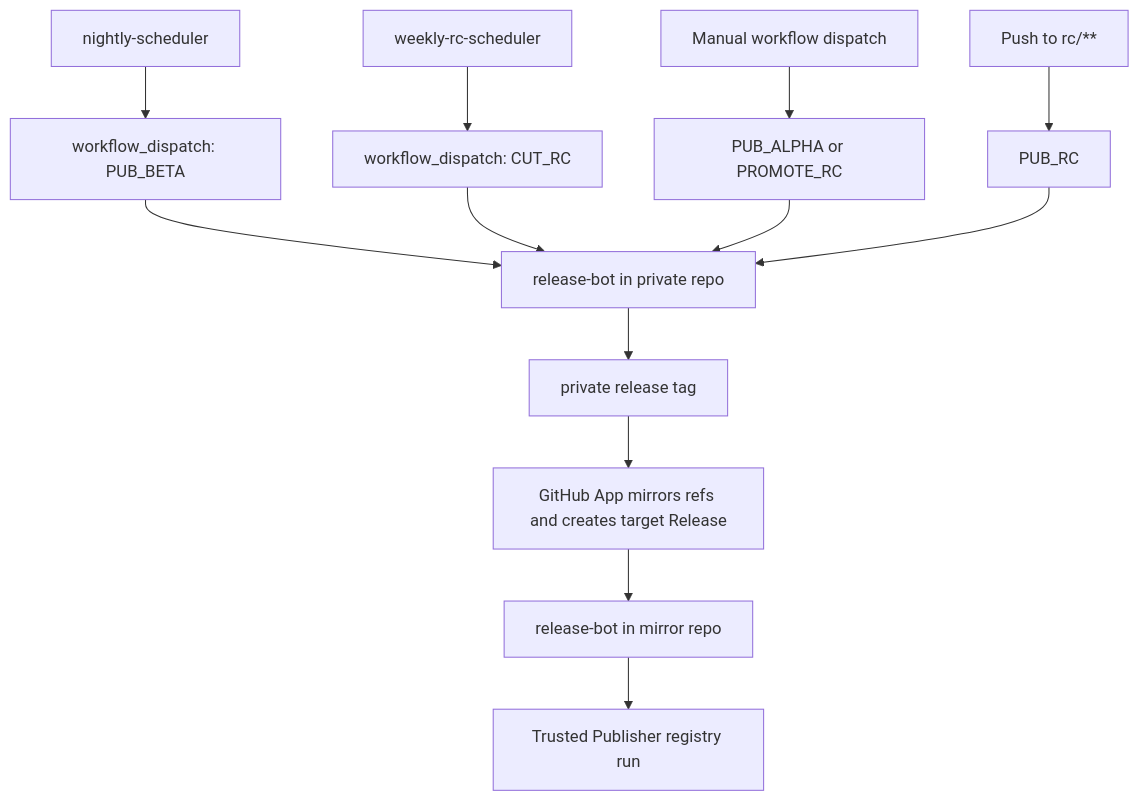
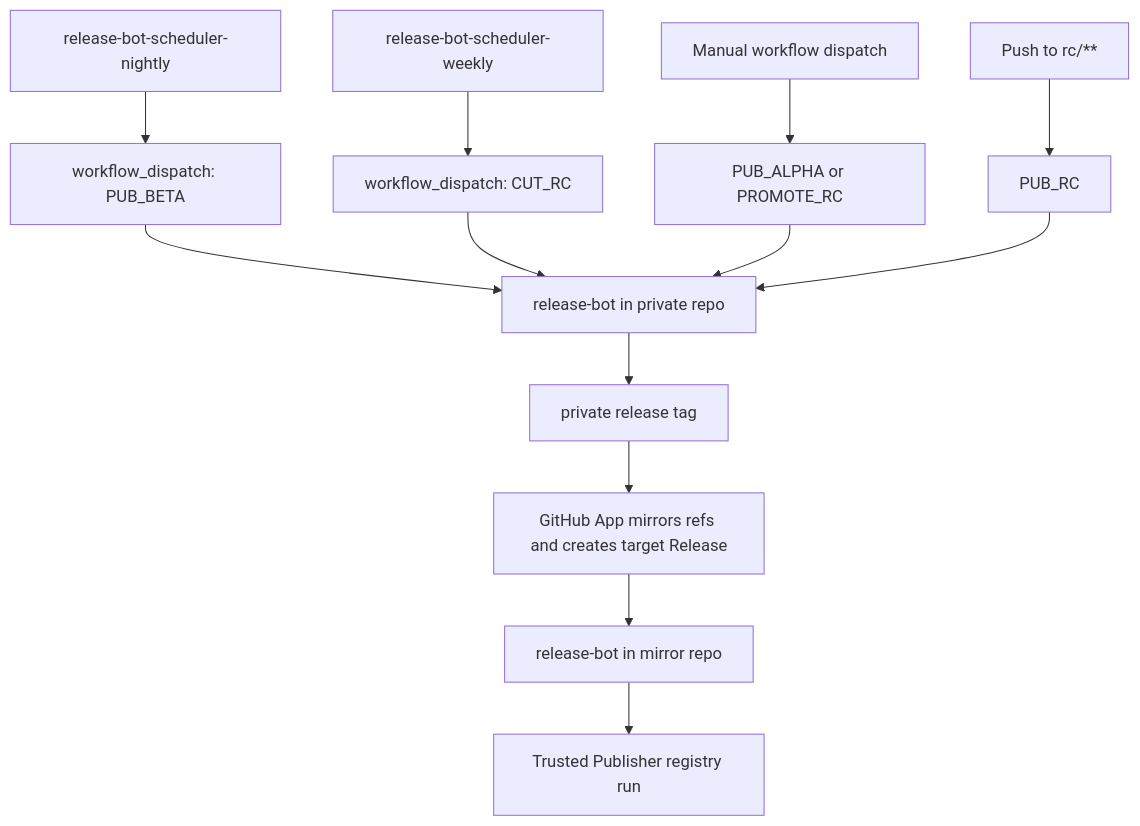
One commit to loomb-oai/test-public-repo changed the diagram in README.md. Above: the diagram before and after it, drawn with Mermaid. The commit also changed other lines of this file and 2 other files, not shown here.

Commit message:
Rename release bot scheduler workflows

````diff
--- a/README.md
+++ b/README.md
@@ -107,15 +107,15 @@
 ```mermaid
 flowchart TD
-  A["nightly-scheduler"] --> C["workflow_dispatch: PUB_BETA"]
-  B["weekly-rc-scheduler"] --> D["workflow_dispatch: CUT_RC"]
+  A["release-bot-scheduler-nightly"] --> C["workflow_dispatch: PUB_BETA"]
+  B["release-bot-scheduler-weekly"] --> D["workflow_dispatch: CUT_RC"]
   E["Manual workflow dispatch"] --> F["PUB_ALPHA or PROMOTE_RC"]
   G["Push to rc/**"] --> H["PUB_RC"]
   C --> I["release-bot in private repo"]
   D --> I
   F --> I
   H --> I
   I --> J["private release tag"]
   J --> K["GitHub App mirrors refs and creates target Release"]
   K --> L["release-bot in mirror repo"]
   L --> M["Trusted Publisher registry run"]
 ```
````
